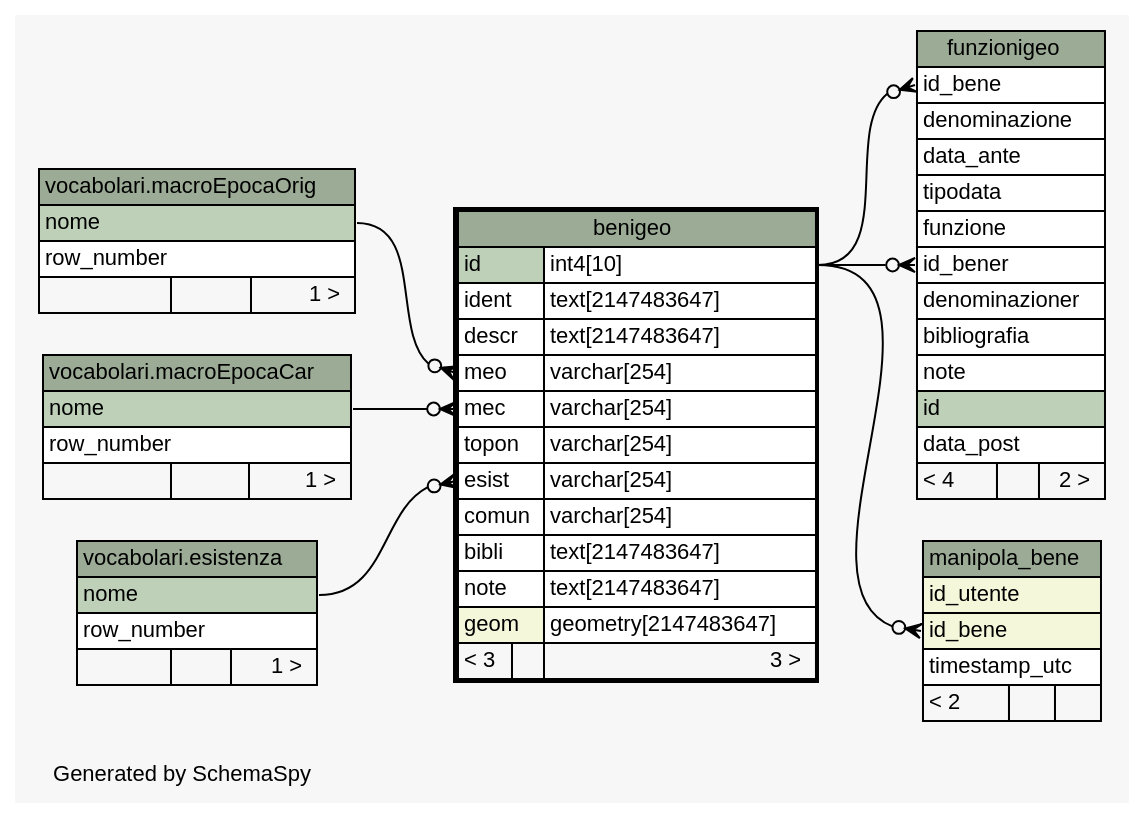
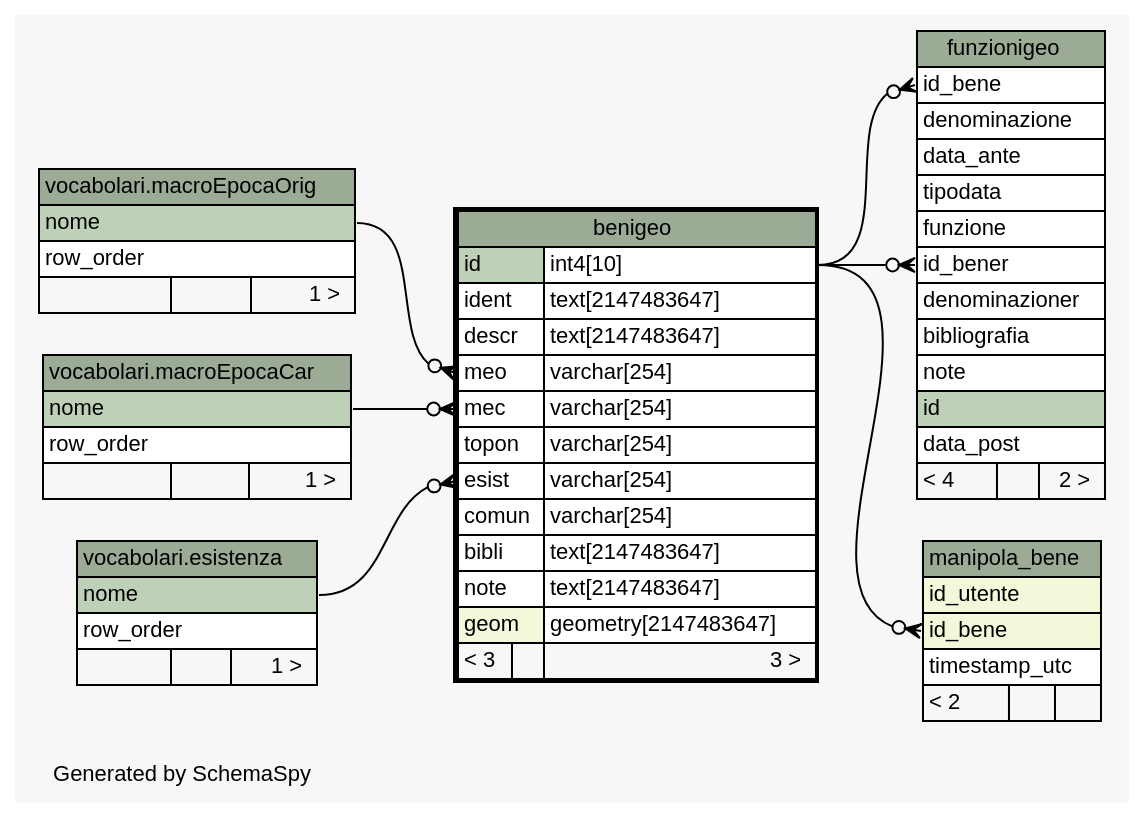
One commit to MaurizioRicci/beniInLunigianaServer changed the diagram in databaseSchemaInterattivo/public/diagrams/benigeo.1degree.dot. Above: the diagram before and after it, drawn with Graphviz. The commit also changed 166 other files, not shown here.

```diff
--- a/databaseSchemaInterattivo/public/diagrams/benigeo.1degree.dot
+++ b/databaseSchemaInterattivo/public/diagrams/benigeo.1degree.dot
@@ -1,113 +1,113 @@
 // dot 2.38.0 on Windows 10 10.0
 // SchemaSpy rev 590
 digraph "oneDegreeRelationshipsDiagram" {
   graph [
     rankdir="RL"
     bgcolor="#f7f7f7"
     label="\nGenerated by SchemaSpy"
     labeljust="l"
     nodesep="0.18"
     ranksep="0.46"
     fontname="Helvetica"
     fontsize="11"
   ];
   node [
     fontname="Helvetica"
     fontsize="11"
     shape="plaintext"
   ];
   edge [
     arrowsize="0.8"
   ];
   "benigeo":"esist":w -> "vocabolari.esistenza":"nome":e [arrowhead=none dir=back arrowtail=crowodot];
   "benigeo":"mec":w -> "vocabolari.macroEpocaCar":"nome":e [arrowhead=none dir=back arrowtail=crowodot];
   "benigeo":"meo":w -> "vocabolari.macroEpocaOrig":"nome":e [arrowhead=none dir=back arrowtail=crowodot];
   "funzionigeo":"id_bene":w -> "benigeo":"id.type":e [arrowhead=none dir=back arrowtail=crowodot];
   "funzionigeo":"id_bener":w -> "benigeo":"id.type":e [arrowhead=none dir=back arrowtail=crowodot];
   "manipola_bene":"id_bene":w -> "benigeo":"id.type":e [arrowhead=none dir=back arrowtail=crowodot];
   "benigeo" [
     label=<
     <TABLE BORDER="2" CELLBORDER="1" CELLSPACING="0" BGCOLOR="#ffffff">
       <TR><TD COLSPAN="3" BGCOLOR="#9bab96" ALIGN="CENTER">benigeo</TD></TR>
       <TR><TD PORT="id" COLSPAN="2" BGCOLOR="#bed1b8" ALIGN="LEFT">id</TD><TD PORT="id.type" ALIGN="LEFT">int4[10]</TD></TR>
       <TR><TD PORT="ident" COLSPAN="2" ALIGN="LEFT">ident</TD><TD PORT="ident.type" ALIGN="LEFT">text[2147483647]</TD></TR>
       <TR><TD PORT="descr" COLSPAN="2" ALIGN="LEFT">descr</TD><TD PORT="descr.type" ALIGN="LEFT">text[2147483647]</TD></TR>
       <TR><TD PORT="meo" COLSPAN="2" ALIGN="LEFT">meo</TD><TD PORT="meo.type" ALIGN="LEFT">varchar[254]</TD></TR>
       <TR><TD PORT="mec" COLSPAN="2" ALIGN="LEFT">mec</TD><TD PORT="mec.type" ALIGN="LEFT">varchar[254]</TD></TR>
       <TR><TD PORT="topon" COLSPAN="2" ALIGN="LEFT">topon</TD><TD PORT="topon.type" ALIGN="LEFT">varchar[254]</TD></TR>
       <TR><TD PORT="esist" COLSPAN="2" ALIGN="LEFT">esist</TD><TD PORT="esist.type" ALIGN="LEFT">varchar[254]</TD></TR>
       <TR><TD PORT="comun" COLSPAN="2" ALIGN="LEFT">comun</TD><TD PORT="comun.type" ALIGN="LEFT">varchar[254]</TD></TR>
       <TR><TD PORT="bibli" COLSPAN="2" ALIGN="LEFT">bibli</TD><TD PORT="bibli.type" ALIGN="LEFT">text[2147483647]</TD></TR>
       <TR><TD PORT="note" COLSPAN="2" ALIGN="LEFT">note</TD><TD PORT="note.type" ALIGN="LEFT">text[2147483647]</TD></TR>
       <TR><TD PORT="geom" COLSPAN="2" BGCOLOR="#f4f7da" ALIGN="LEFT">geom</TD><TD PORT="geom.type" ALIGN="LEFT">geometry[2147483647]</TD></TR>
       <TR><TD ALIGN="LEFT" BGCOLOR="#f7f7f7">&lt; 3</TD><TD ALIGN="RIGHT" BGCOLOR="#f7f7f7">  </TD><TD ALIGN="RIGHT" BGCOLOR="#f7f7f7">3 &gt;</TD></TR>
     </TABLE>>
     URL="benigeo.html"
     tooltip="benigeo"
   ];
   "vocabolari.esistenza" [
     label=<
     <TABLE BORDER="0" CELLBORDER="1" CELLSPACING="0" BGCOLOR="#ffffff">
       <TR><TD COLSPAN="3" BGCOLOR="#9bab96" ALIGN="CENTER">vocabolari.esistenza</TD></TR>
       <TR><TD PORT="nome" COLSPAN="3" BGCOLOR="#bed1b8" ALIGN="LEFT">nome</TD></TR>
-      <TR><TD PORT="row_number" COLSPAN="3" ALIGN="LEFT">row_number</TD></TR>
+      <TR><TD PORT="row_order" COLSPAN="3" ALIGN="LEFT">row_order</TD></TR>
       <TR><TD ALIGN="LEFT" BGCOLOR="#f7f7f7">  </TD><TD ALIGN="RIGHT" BGCOLOR="#f7f7f7">  </TD><TD ALIGN="RIGHT" BGCOLOR="#f7f7f7">1 &gt;</TD></TR>
     </TABLE>>
     URL="../../vocabolari/tables/esistenza.html"
     tooltip="vocabolari.esistenza"
   ];
   "funzionigeo" [
     label=<
     <TABLE BORDER="0" CELLBORDER="1" CELLSPACING="0" BGCOLOR="#ffffff">
       <TR><TD COLSPAN="3" BGCOLOR="#9bab96" ALIGN="CENTER">funzionigeo</TD></TR>
       <TR><TD PORT="id_bene" COLSPAN="3" ALIGN="LEFT">id_bene</TD></TR>
       <TR><TD PORT="denominazione" COLSPAN="3" ALIGN="LEFT">denominazione</TD></TR>
       <TR><TD PORT="data_ante" COLSPAN="3" ALIGN="LEFT">data_ante</TD></TR>
       <TR><TD PORT="tipodata" COLSPAN="3" ALIGN="LEFT">tipodata</TD></TR>
       <TR><TD PORT="funzione" COLSPAN="3" ALIGN="LEFT">funzione</TD></TR>
       <TR><TD PORT="id_bener" COLSPAN="3" ALIGN="LEFT">id_bener</TD></TR>
       <TR><TD PORT="denominazioner" COLSPAN="3" ALIGN="LEFT">denominazioner</TD></TR>
       <TR><TD PORT="bibliografia" COLSPAN="3" ALIGN="LEFT">bibliografia</TD></TR>
       <TR><TD PORT="note" COLSPAN="3" ALIGN="LEFT">note</TD></TR>
       <TR><TD PORT="id" COLSPAN="3" BGCOLOR="#bed1b8" ALIGN="LEFT">id</TD></TR>
       <TR><TD PORT="data_post" COLSPAN="3" ALIGN="LEFT">data_post</TD></TR>
       <TR><TD ALIGN="LEFT" BGCOLOR="#f7f7f7">&lt; 4</TD><TD ALIGN="RIGHT" BGCOLOR="#f7f7f7">  </TD><TD ALIGN="RIGHT" BGCOLOR="#f7f7f7">2 &gt;</TD></TR>
     </TABLE>>
     URL="funzionigeo.html"
     tooltip="funzionigeo"
   ];
   "vocabolari.macroEpocaCar" [
     label=<
     <TABLE BORDER="0" CELLBORDER="1" CELLSPACING="0" BGCOLOR="#ffffff">
       <TR><TD COLSPAN="3" BGCOLOR="#9bab96" ALIGN="CENTER">vocabolari.macroEpocaCar</TD></TR>
       <TR><TD PORT="nome" COLSPAN="3" BGCOLOR="#bed1b8" ALIGN="LEFT">nome</TD></TR>
-      <TR><TD PORT="row_number" COLSPAN="3" ALIGN="LEFT">row_number</TD></TR>
+      <TR><TD PORT="row_order" COLSPAN="3" ALIGN="LEFT">row_order</TD></TR>
       <TR><TD ALIGN="LEFT" BGCOLOR="#f7f7f7">  </TD><TD ALIGN="RIGHT" BGCOLOR="#f7f7f7">  </TD><TD ALIGN="RIGHT" BGCOLOR="#f7f7f7">1 &gt;</TD></TR>
     </TABLE>>
     URL="../../vocabolari/tables/macroEpocaCar.html"
     tooltip="vocabolari.macroEpocaCar"
   ];
   "vocabolari.macroEpocaOrig" [
     label=<
     <TABLE BORDER="0" CELLBORDER="1" CELLSPACING="0" BGCOLOR="#ffffff">
       <TR><TD COLSPAN="3" BGCOLOR="#9bab96" ALIGN="CENTER">vocabolari.macroEpocaOrig</TD></TR>
       <TR><TD PORT="nome" COLSPAN="3" BGCOLOR="#bed1b8" ALIGN="LEFT">nome</TD></TR>
-      <TR><TD PORT="row_number" COLSPAN="3" ALIGN="LEFT">row_number</TD></TR>
+      <TR><TD PORT="row_order" COLSPAN="3" ALIGN="LEFT">row_order</TD></TR>
       <TR><TD ALIGN="LEFT" BGCOLOR="#f7f7f7">  </TD><TD ALIGN="RIGHT" BGCOLOR="#f7f7f7">  </TD><TD ALIGN="RIGHT" BGCOLOR="#f7f7f7">1 &gt;</TD></TR>
     </TABLE>>
     URL="../../vocabolari/tables/macroEpocaOrig.html"
     tooltip="vocabolari.macroEpocaOrig"
   ];
   "manipola_bene" [
     label=<
     <TABLE BORDER="0" CELLBORDER="1" CELLSPACING="0" BGCOLOR="#ffffff">
       <TR><TD COLSPAN="3" BGCOLOR="#9bab96" ALIGN="CENTER">manipola_bene</TD></TR>
       <TR><TD PORT="id_utente" COLSPAN="3" BGCOLOR="#f4f7da" ALIGN="LEFT">id_utente</TD></TR>
       <TR><TD PORT="id_bene" COLSPAN="3" BGCOLOR="#f4f7da" ALIGN="LEFT">id_bene</TD></TR>
       <TR><TD PORT="timestamp_utc" COLSPAN="3" ALIGN="LEFT">timestamp_utc</TD></TR>
       <TR><TD ALIGN="LEFT" BGCOLOR="#f7f7f7">&lt; 2</TD><TD ALIGN="RIGHT" BGCOLOR="#f7f7f7">  </TD><TD ALIGN="RIGHT" BGCOLOR="#f7f7f7">  </TD></TR>
     </TABLE>>
     URL="manipola_bene.html"
     tooltip="manipola_bene"
   ];
 }
```
